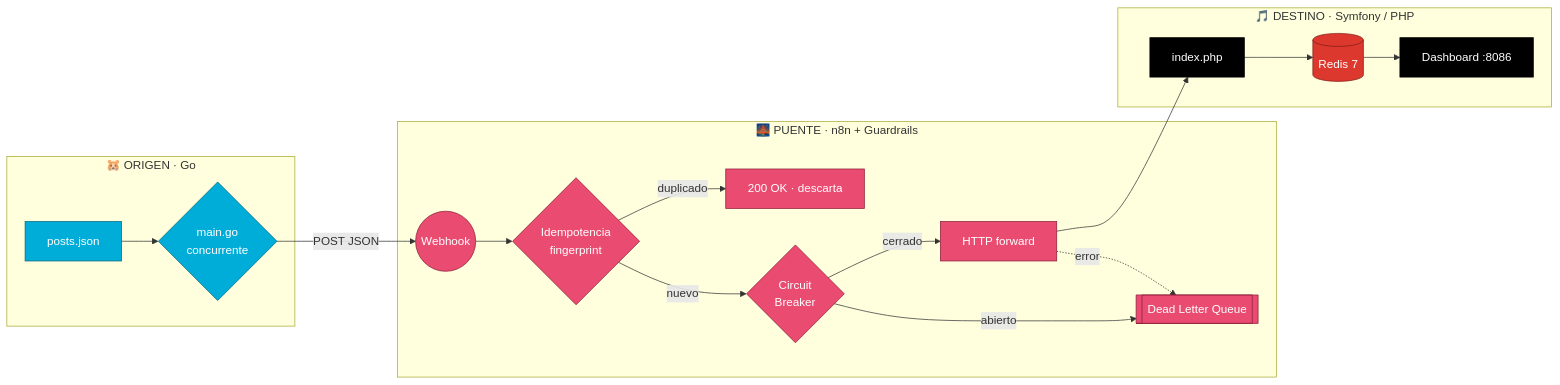
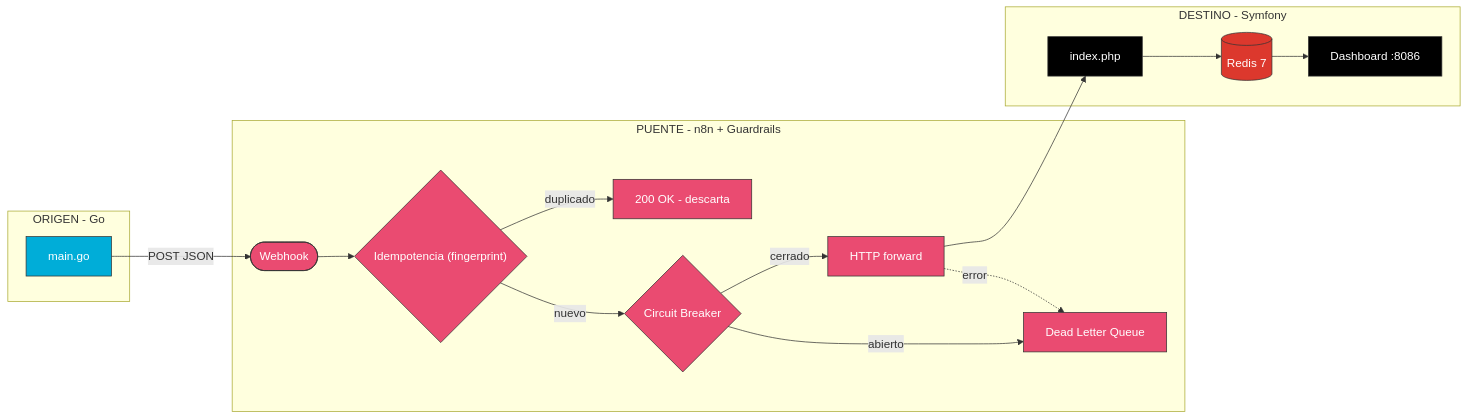
One commit to vladimiracunadev-create/social-bot-scheduler changed the first of 2 diagrams in cases/06-go-to-symfony/ARCHITECTURE.md. Above: the diagram before and after it, drawn with Mermaid. The commit also changed other lines of this file and 8 other files, not shown here.

First line of the commit message:
fix(diagrams): Mermaid compatible con GitHub (securityLevel strict)

````diff
--- a/cases/06-go-to-symfony/ARCHITECTURE.md
+++ b/cases/06-go-to-symfony/ARCHITECTURE.md
@@ -29,32 +29,32 @@
 ```mermaid
 flowchart LR
-    subgraph ORIGIN["🐹 ORIGEN · Go"]
-        A[posts.json] --> B{main.go<br/>concurrente}
+    subgraph ORIGIN["ORIGEN - Go"]
+        B["main.go"]
     end
 
-    subgraph BRIDGE["🌉 PUENTE · n8n + Guardrails"]
-        C((Webhook)) --> IDEM{Idempotencia<br/>fingerprint}
-        IDEM -- duplicado --> DISCARD[200 OK · descarta]
-        IDEM -- nuevo --> CB{Circuit<br/>Breaker}
-        CB -- cerrado --> FWD[HTTP forward]
-        CB -- abierto --> DLQ[[Dead Letter Queue]]
+    subgraph BRIDGE["PUENTE - n8n + Guardrails"]
+        C(["Webhook"]) --> IDEM{"Idempotencia (fingerprint)"}
+        IDEM -->|duplicado| DISCARD["200 OK - descarta"]
+        IDEM -->|nuevo| CBK{"Circuit Breaker"}
+        CBK -->|cerrado| FWD["HTTP forward"]
+        CBK -->|abierto| DLQ["Dead Letter Queue"]
     end
 
-    subgraph DEST["🎵 DESTINO · Symfony / PHP"]
-        FWD --> H[index.php]
-        H --> DB[(Redis 7)]
-        DB --> DASH[Dashboard :8086]
+    subgraph DEST["DESTINO - Symfony"]
+        FWD --> H["index.php"]
+        H --> DB[("Redis 7")]
+        DB --> DASH["Dashboard :8086"]
     end
 
-    B -- POST JSON --> C
-    FWD -. error .-> DLQ
+    B -->|POST JSON| C
+    FWD -.->|error| DLQ
 
-    classDef origin fill:#00ADD8,stroke:#006680,color:#fff
-    classDef bridge fill:#EA4B71,stroke:#8c1c38,color:#fff
-    classDef dest fill:#000000,stroke:#000000,color:#fff
-    classDef db fill:#DC382D,stroke:#821f18,color:#fff
-    class A,B origin
-    class C,IDEM,CB,FWD,DLQ,DISCARD bridge
+    classDef origin fill:#00ADD8,stroke:#333,color:#fff
+    classDef bridge fill:#EA4B71,stroke:#333,color:#fff
+    classDef dest fill:#000000,stroke:#333,color:#fff
+    classDef db fill:#DC382D,stroke:#333,color:#fff
+    class B origin
+    class C,IDEM,CBK,FWD,DLQ,DISCARD bridge
     class H,DASH dest
     class DB db
 ```
````
